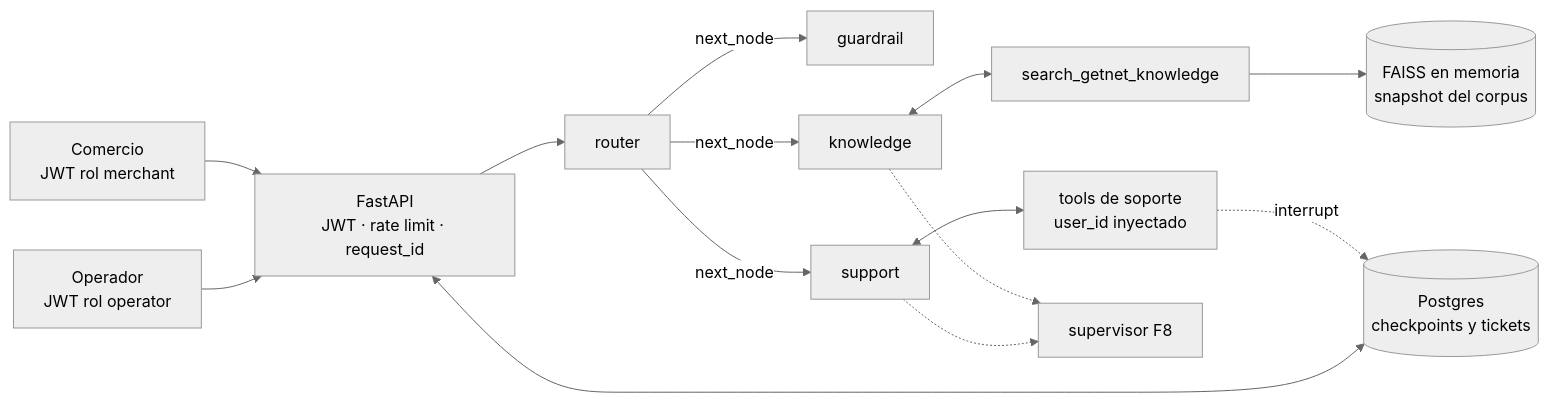
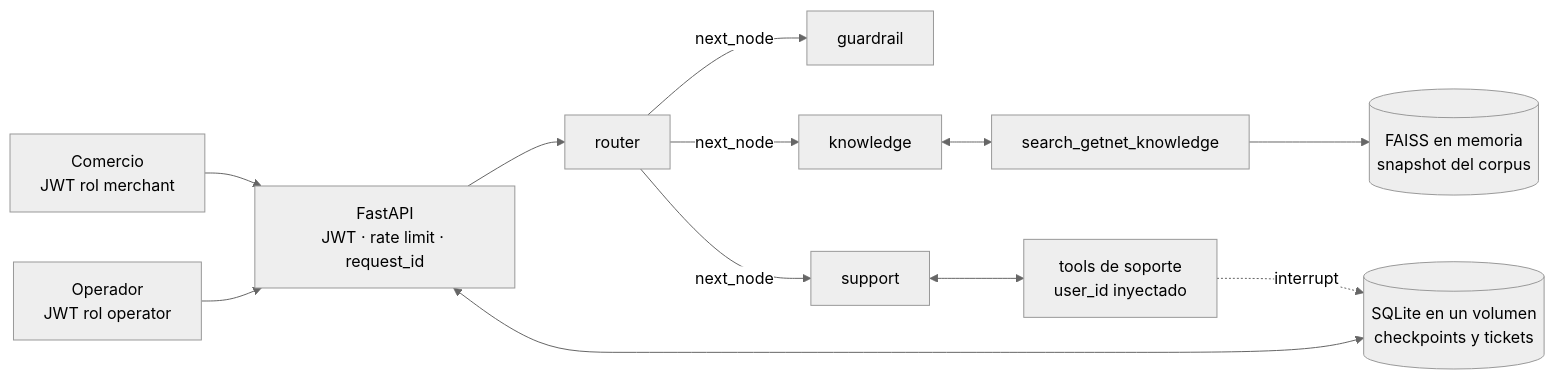
The diagram in specs/plan.md (Belzebro/multiagent-challenge), drawn with Mermaid (neutral theme) before and after one commit. The commit also changed other lines of this file and 15 other files, not shown here.

````diff
--- a/specs/plan.md
+++ b/specs/plan.md
@@ -7,16 +7,14 @@
 ```mermaid
 flowchart LR
     M[Comercio<br/>JWT rol merchant] --> API[FastAPI<br/>JWT · rate limit · request_id]
     O[Operador<br/>JWT rol operator] --> API
     API --> R[router]
     R -- next_node --> GR[guardrail]
     R -- next_node --> K[knowledge]
     R -- next_node --> S[support]
     K <--> KT[search_getnet_knowledge]
     KT --> IDX[(FAISS en memoria<br/>snapshot del corpus)]
     S <--> ST[tools de soporte<br/>user_id inyectado]
-    ST -. interrupt .-> DB[(Postgres<br/>checkpoints y tickets)]
+    ST -. interrupt .-> DB[(SQLite en un volumen<br/>checkpoints y tickets)]
     API <--> DB
-    K -.-> SV[supervisor F8]
-    S -.-> SV
 ```
````
